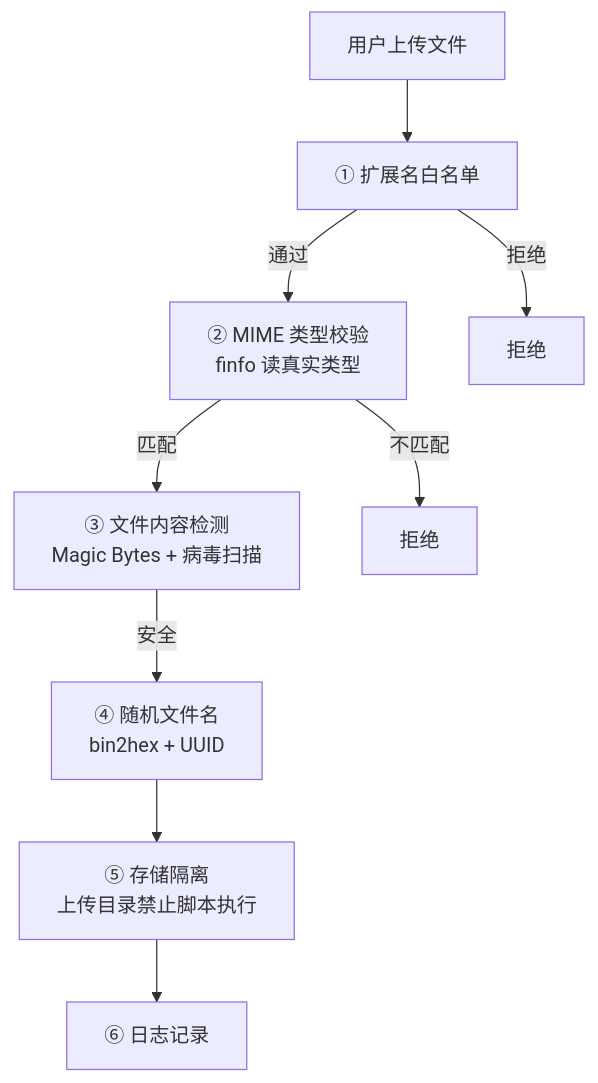
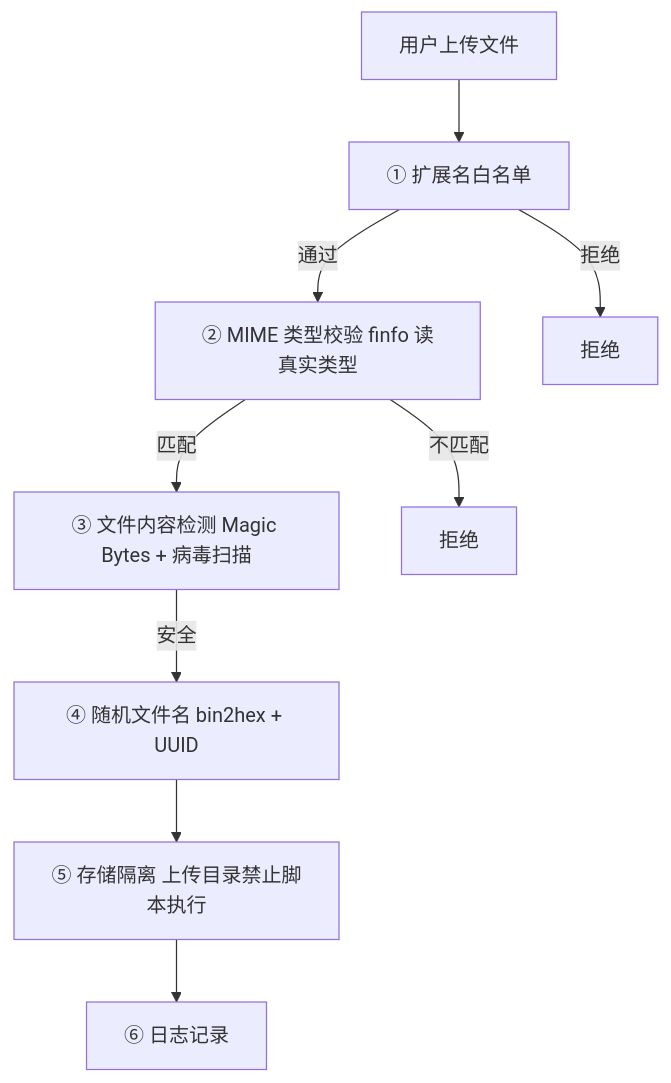
The third of 3 diagrams in source/_posts/File-upload-frontend-bypass.md (congliang/congliang.github.io), drawn with Mermaid before and after one commit. The commit also changed other lines of this file and 139 other files, not shown here.

````diff
--- a/source/_posts/File-upload-frontend-bypass.md
+++ b/source/_posts/File-upload-frontend-bypass.md
@@ -263,11 +263,11 @@
 ```mermaid
 flowchart TD
     A[用户上传文件] --> B[① 扩展名白名单]
-    B -->|通过| C[② MIME 类型校验<br/>finfo 读真实类型]
+    B -->|通过| C[② MIME 类型校验 finfo 读真实类型]
     B -->|拒绝| X1[拒绝]
-    C -->|匹配| D[③ 文件内容检测<br/>Magic Bytes + 病毒扫描]
+    C -->|匹配| D[③ 文件内容检测 Magic Bytes + 病毒扫描]
     C -->|不匹配| X2[拒绝]
-    D -->|安全| E[④ 随机文件名<br/>bin2hex + UUID]
-    E --> F[⑤ 存储隔离<br/>上传目录禁止脚本执行]
+    D -->|安全| E[④ 随机文件名 bin2hex + UUID]
+    E --> F[⑤ 存储隔离 上传目录禁止脚本执行]
     F --> G[⑥ 日志记录]
 ```
````
